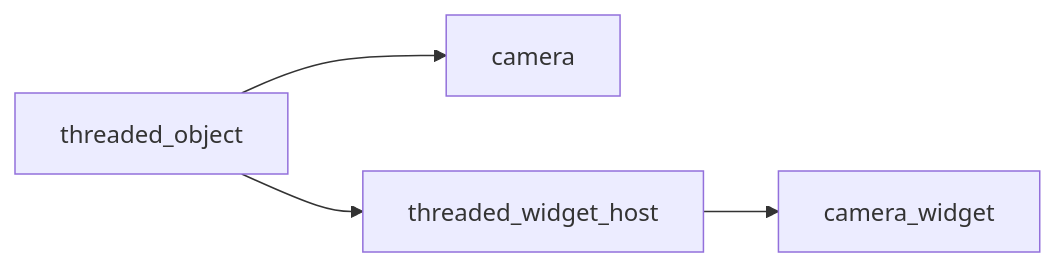
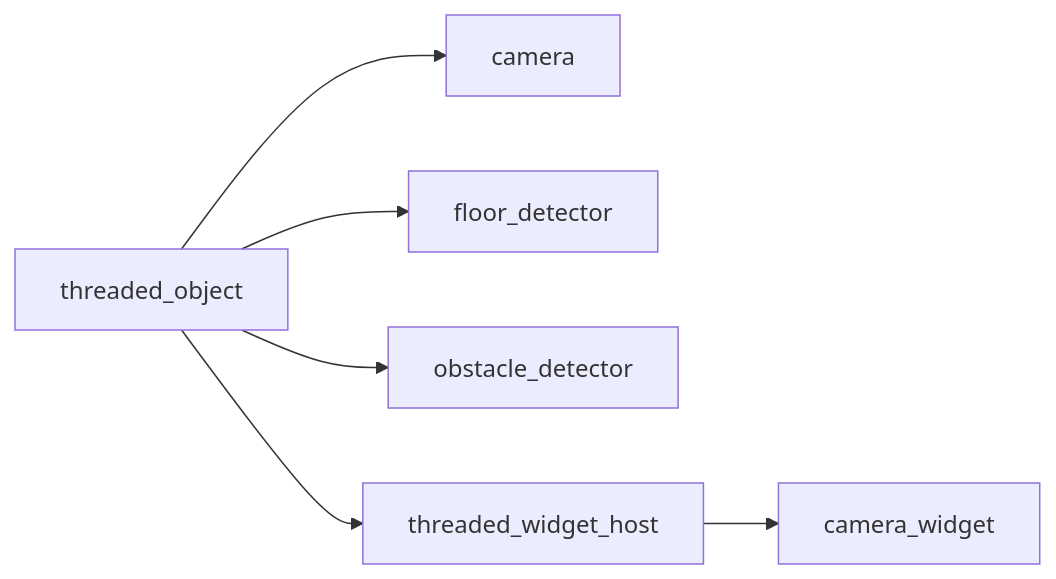
The second of 2 diagrams in docs/codebase/namespaces/core/implementations/threaded_object.md (kasper-szczerba/acs_wiki), drawn with Mermaid before and after one commit. The commit also changed other lines of this file and 10 other files, not shown here.

````diff
--- a/docs/codebase/namespaces/core/implementations/threaded_object.md
+++ b/docs/codebase/namespaces/core/implementations/threaded_object.md
@@ -26,7 +26,9 @@
 ```mermaid
 graph LR
     threaded_object["threaded_object"]
     threaded_object["threaded_object"] --> camera["camera"]
+    threaded_object["threaded_object"] --> floor_detector["floor_detector"]
+    threaded_object["threaded_object"] --> obstacle_detector["obstacle_detector"]
     threaded_object["threaded_object"] --> threaded_widget_host["threaded_widget_host"]
     threaded_widget_host["threaded_widget_host"] --> camera_widget["camera_widget"]
 ```
````
